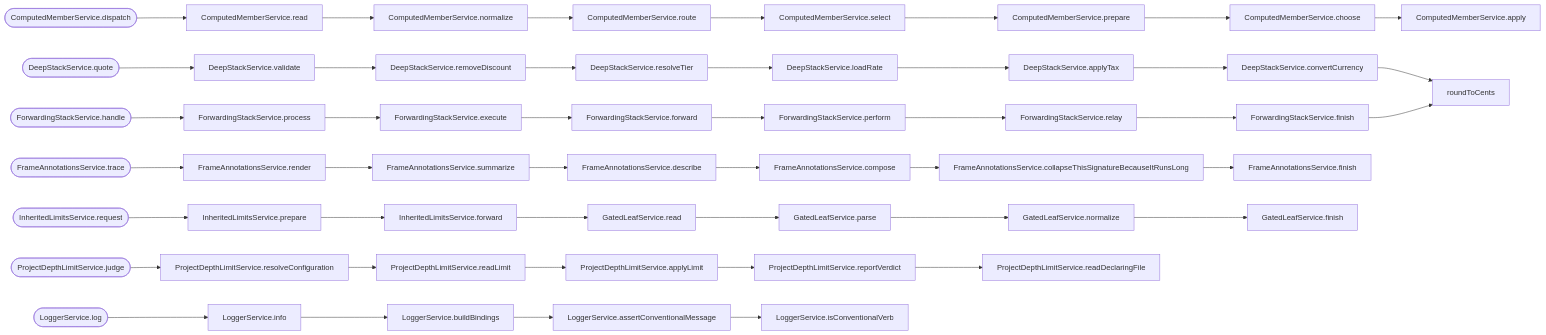
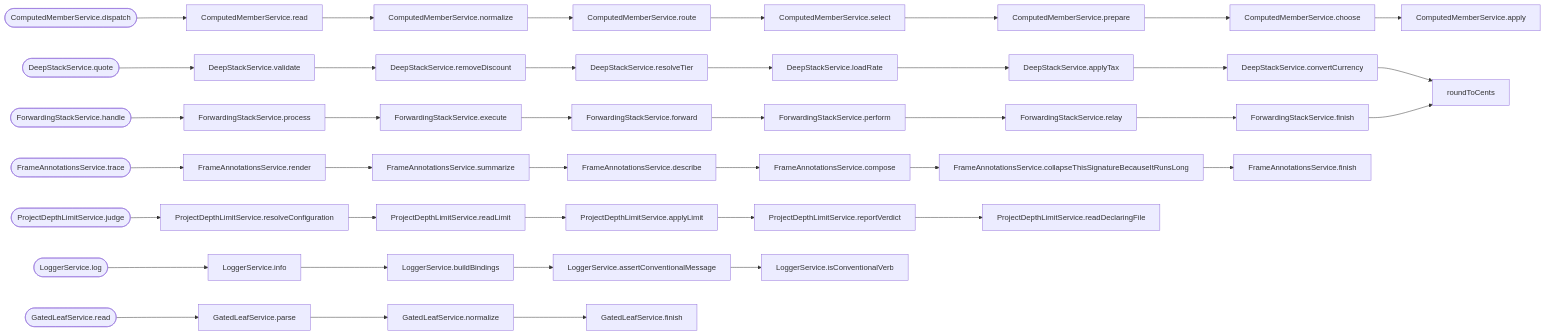
One commit to JimmyPaolini/codebase changed the diagram in packages/callidescope-examples/output/diagram.md. Above: the diagram before and after it, drawn with Mermaid. The commit also changed other lines of this file and 18 other files, not shown here.

Commit message:
refactor(callidescope): ♻️ delete the limit-inheritance example and finish its rework

````diff
--- a/packages/callidescope-examples/output/diagram.md
+++ b/packages/callidescope-examples/output/diagram.md
@@ -68,24 +67,21 @@
   n27["FrameAnnotationsService.compose"]
   n28["FrameAnnotationsService.collapseThisSignatureBecauseItRunsLong"]
   n29["FrameAnnotationsService.finish"]
-  n30(["InheritedLimitsService.request"])
-  n31["InheritedLimitsService.prepare"]
-  n32["InheritedLimitsService.forward"]
-  n33["GatedLeafService.read"]
-  n34["GatedLeafService.parse"]
-  n35["GatedLeafService.normalize"]
-  n36["GatedLeafService.finish"]
-  n37(["ProjectDepthLimitService.judge"])
-  n38["ProjectDepthLimitService.resolveConfiguration"]
-  n39["ProjectDepthLimitService.readLimit"]
-  n40["ProjectDepthLimitService.applyLimit"]
-  n41["ProjectDepthLimitService.reportVerdict"]
-  n42["ProjectDepthLimitService.readDeclaringFile"]
-  n43(["LoggerService.log"])
-  n44["LoggerService.info"]
-  n45["LoggerService.buildBindings"]
-  n46["LoggerService.assertConventionalMessage"]
-  n47["LoggerService.isConventionalVerb"]
+  n30(["ProjectDepthLimitService.judge"])
+  n31["ProjectDepthLimitService.resolveConfiguration"]
+  n32["ProjectDepthLimitService.readLimit"]
+  n33["ProjectDepthLimitService.applyLimit"]
+  n34["ProjectDepthLimitService.reportVerdict"]
+  n35["ProjectDepthLimitService.readDeclaringFile"]
+  n36(["LoggerService.log"])
+  n37["LoggerService.info"]
+  n38["LoggerService.buildBindings"]
+  n39["LoggerService.assertConventionalMessage"]
+  n40["LoggerService.isConventionalVerb"]
+  n41(["GatedLeafService.read"])
+  n42["GatedLeafService.parse"]
+  n43["GatedLeafService.normalize"]
+  n44["GatedLeafService.finish"]
   n0 --> n1
   n1 --> n2
   n2 --> n3
@@ -118,14 +114,11 @@
   n32 --> n33
   n33 --> n34
   n34 --> n35
-  n35 --> n36
+  n36 --> n37
   n37 --> n38
   n38 --> n39
   n39 --> n40
-  n40 --> n41
   n41 --> n42
+  n42 --> n43
   n43 --> n44
-  n44 --> n45
-  n45 --> n46
-  n46 --> n47
 ```
````
